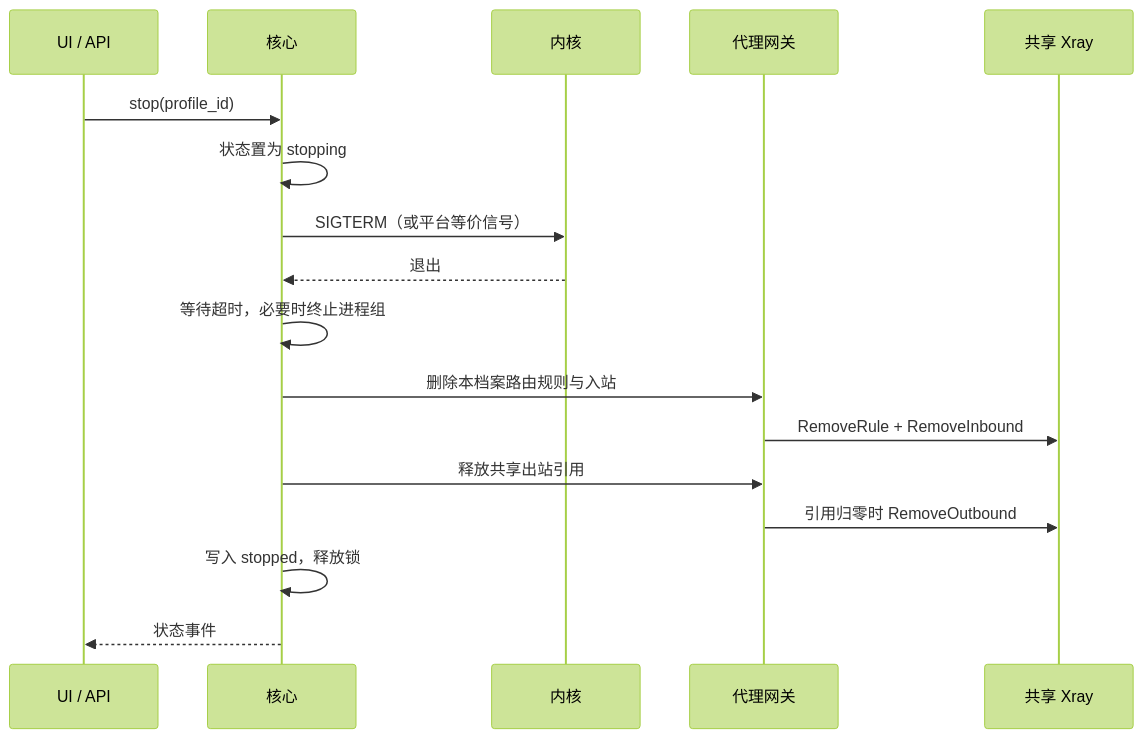
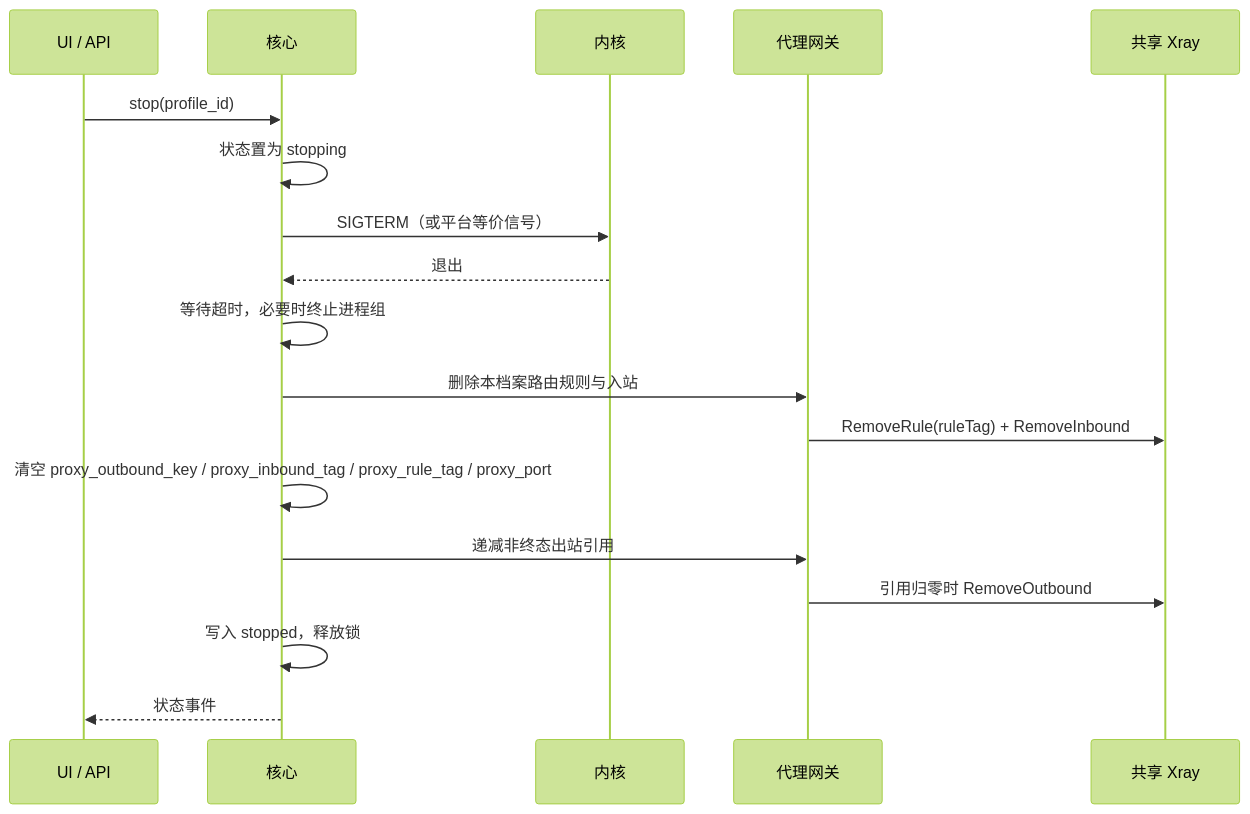
Before and after one commit to IvanLi-CN/mien: the sixth of 8 diagrams in docs/ARCHITECTURE.md, drawn with Mermaid (forest theme). The commit also changed other lines of this file and 52 other files, not shown here.

````diff
--- a/docs/ARCHITECTURE.md
+++ b/docs/ARCHITECTURE.md
@@ -248,20 +260,21 @@
 ```mermaid
 sequenceDiagram
   participant UI as UI / API
   participant Core as 核心
   participant K as 内核
   participant GW as 代理网关
   participant PE as 共享 Xray
 
   UI->>Core: stop(profile_id)
   Core->>Core: 状态置为 stopping
   Core->>K: SIGTERM（或平台等价信号）
   K-->>Core: 退出
   Core->>Core: 等待超时，必要时终止进程组
   Core->>GW: 删除本档案路由规则与入站
-  GW->>PE: RemoveRule + RemoveInbound
-  Core->>GW: 释放共享出站引用
+  GW->>PE: RemoveRule(ruleTag) + RemoveInbound
+  Core->>Core: 清空 proxy_outbound_key / proxy_inbound_tag / proxy_rule_tag / proxy_port
+  Core->>GW: 递减非终态出站引用
   GW->>PE: 引用归零时 RemoveOutbound
   Core->>Core: 写入 stopped，释放锁
   Core-->>UI: 状态事件
 ```
````
